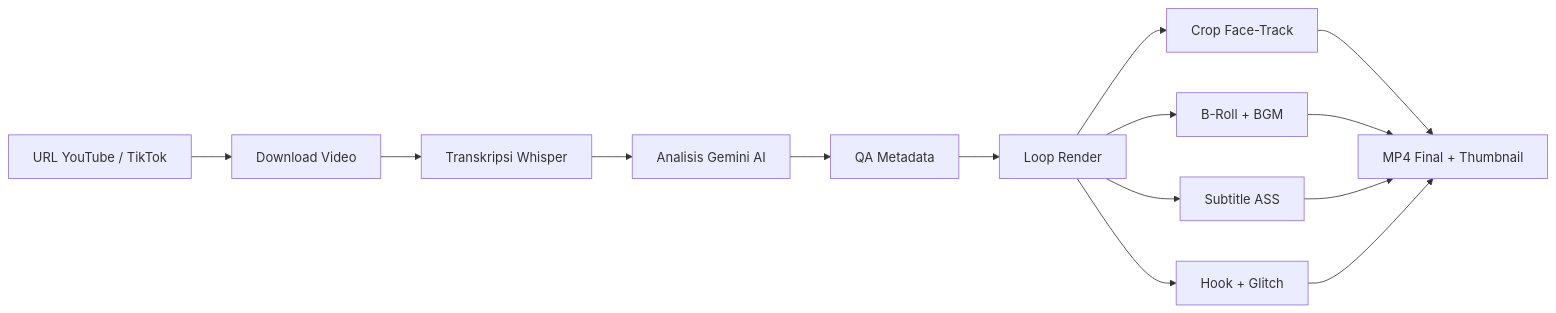
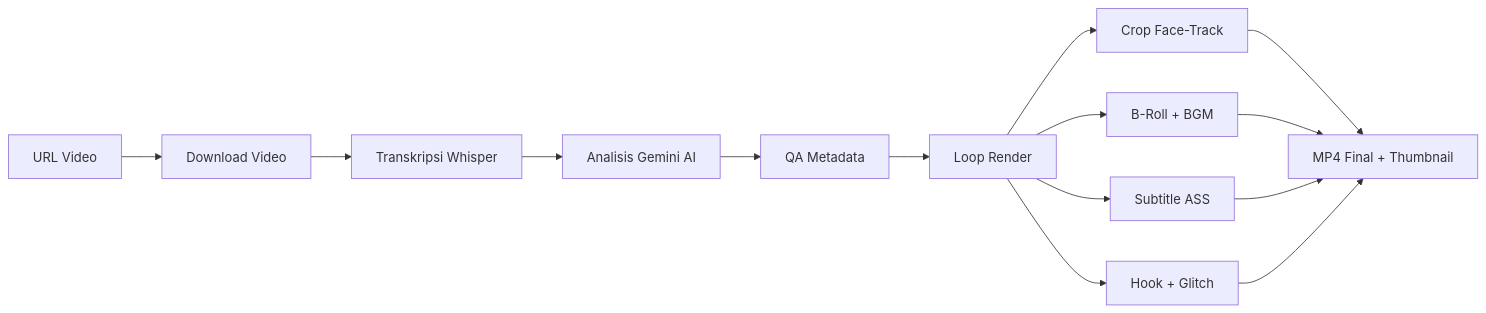
One commit to troublescope/Ashortai changed the diagram in README_ID.md. Above: the diagram before and after it, drawn with Mermaid. The commit also changed other lines of this file and 6 other files, not shown here.

````diff
--- a/README_ID.md
+++ b/README_ID.md
@@ -344,13 +350,13 @@
 ```mermaid
 graph LR
-    A[URL YouTube / TikTok] --> B[Download Video]
+    A[URL Video] --> B[Download Video]
     B --> C[Transkripsi Whisper]
     C --> D[Analisis Gemini AI]
     D --> E[QA Metadata]
     E --> F[Loop Render]
     F --> G[Crop Face-Track]
     F --> H[B-Roll + BGM]
     F --> I[Subtitle ASS]
     F --> J[Hook + Glitch]
     G & H & I & J --> K[MP4 Final + Thumbnail]
 ```
````
